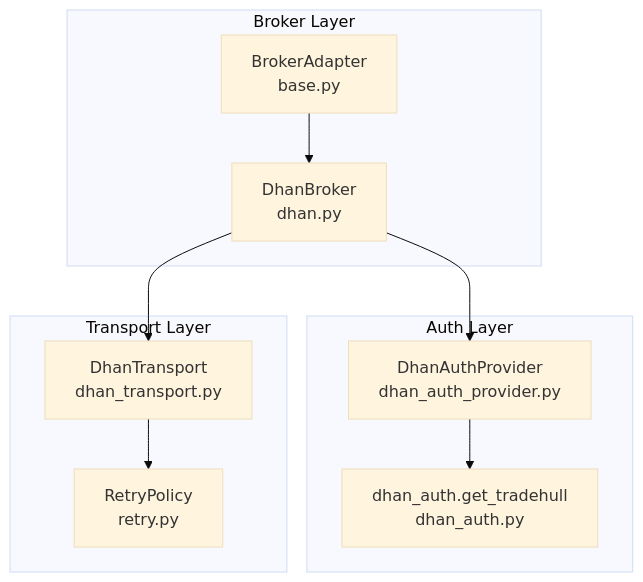
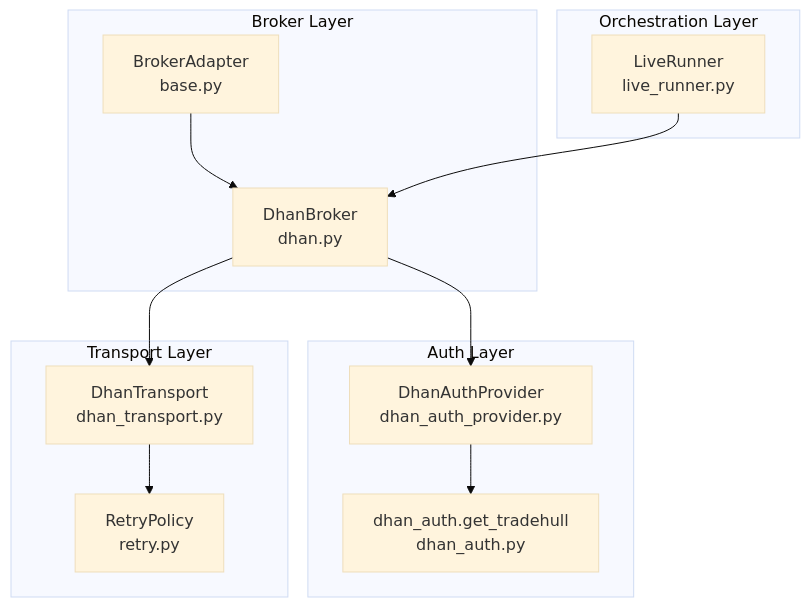
The first of 9 diagrams in .qoder/repowiki/en/content/Broker Integration/Authentication & Security.md (Ganesh-Kusundal/nTrade), drawn with Mermaid (base theme) before and after one commit. The commit also changed other lines of this file and 331 other files, not shown here.

````diff
--- a/.qoder/repowiki/en/content/Broker Integration/Authentication & Security.md
+++ b/.qoder/repowiki/en/content/Broker Integration/Authentication & Security.md
@@ -42,20 +54,24 @@
 ```mermaid
 graph TB
 subgraph "Broker Layer"
 Base["BrokerAdapter<br/>base.py"]
 DhanBroker["DhanBroker<br/>dhan.py"]
 end
 subgraph "Auth Layer"
 AuthHelper["dhan_auth.get_tradehull<br/>dhan_auth.py"]
 AuthProvider["DhanAuthProvider<br/>dhan_auth_provider.py"]
 end
 subgraph "Transport Layer"
 Transport["DhanTransport<br/>dhan_transport.py"]
 Retry["RetryPolicy<br/>retry.py"]
 end
+subgraph "Orchestration Layer"
+LiveRunner["LiveRunner<br/>live_runner.py"]
+end
 Base --> DhanBroker
 DhanBroker --> AuthProvider
 AuthProvider --> AuthHelper
 DhanBroker --> Transport
 Transport --> Retry
+LiveRunner --> DhanBroker
 ```
````
